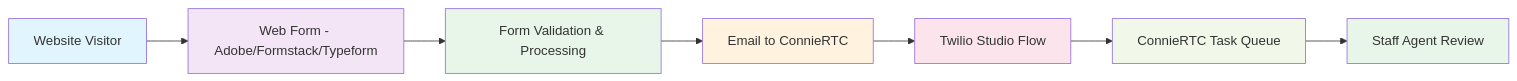
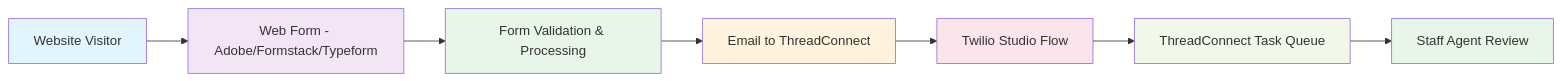
Before and after one commit to ConnieML/docs.connie: the diagram in docs/end-users/administrators/channels/web/web-forms/select-provider.md, drawn with Mermaid. The commit also changed other lines of this file and 129 other files, not shown here.

First line of the commit message:
Rebrand ConnieRTC -> ThreadConnect across docs (CEO approval 2026-10-30, round 2)

````diff
--- a/docs/end-users/administrators/channels/web/web-forms/select-provider.md
+++ b/docs/end-users/administrators/channels/web/web-forms/select-provider.md
@@ -17,17 +17,17 @@
 ```mermaid
 flowchart LR
     A[Website Visitor] --> B[Web Form - Adobe/Formstack/Typeform]
     B --> C[Form Validation & Processing]
-    C --> D[Email to ConnieRTC]
+    C --> D[Email to ThreadConnect]
     D --> E[Twilio Studio Flow]
-    E --> F[ConnieRTC Task Queue]
+    E --> F[ThreadConnect Task Queue]
     F --> G[Staff Agent Review]
     
     style A fill:#e1f5fe
     style B fill:#f3e5f5
     style C fill:#e8f5e9
     style D fill:#fff3e0
     style E fill:#fce4ec
     style F fill:#f1f8e9
     style G fill:#e8f5e9
 ```
````
